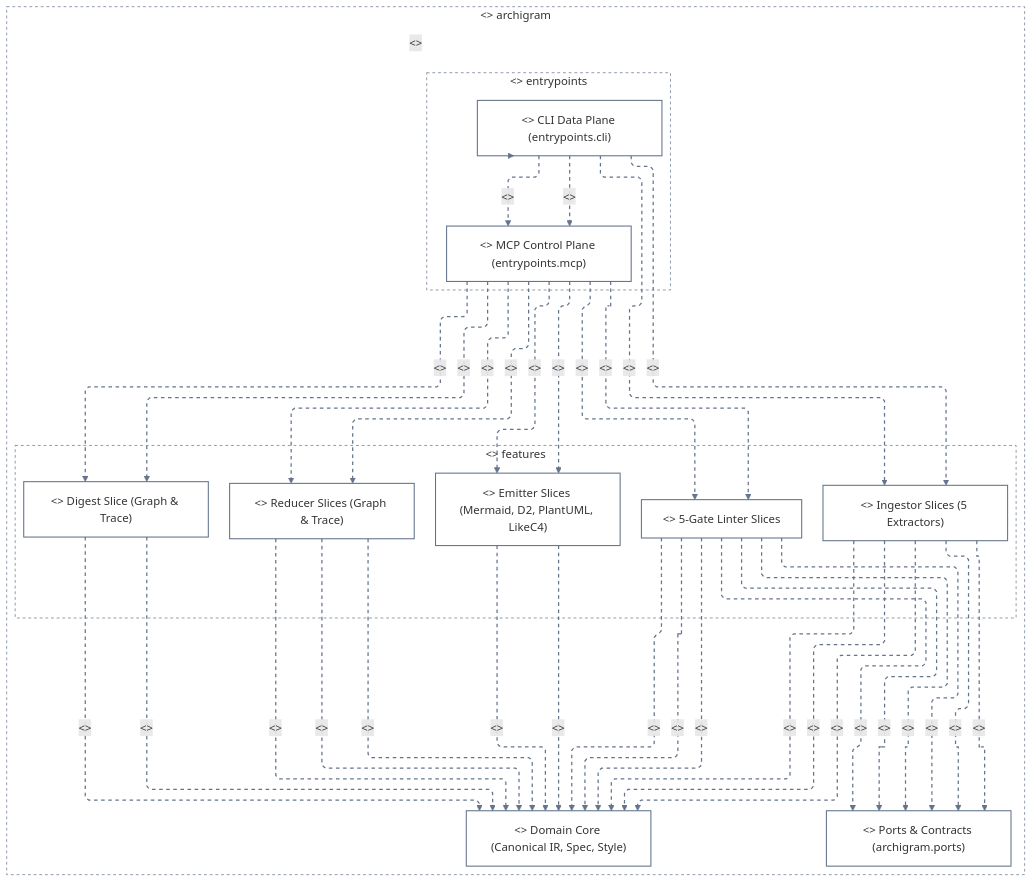
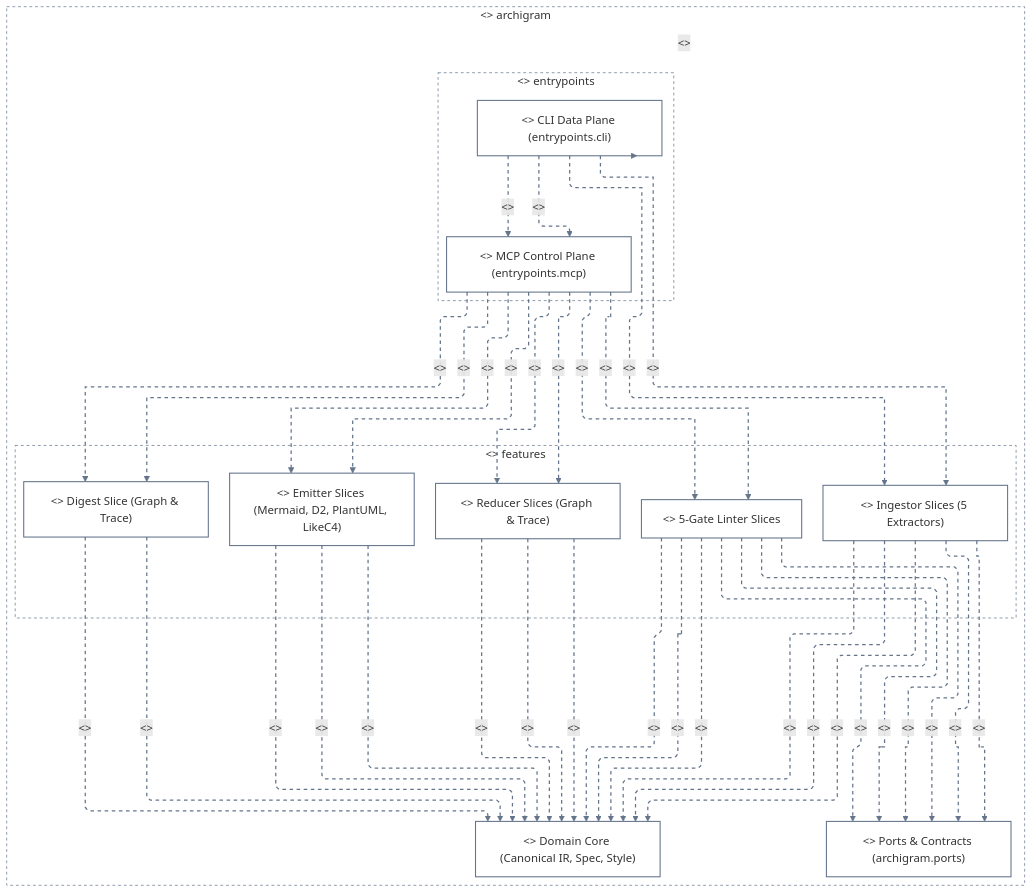
The third of 8 diagrams in docs/architecture/uml-and-curation-showcase.md (klcd/archigram), drawn with Mermaid before and after one commit. The commit also changed other lines of this file and 39 other files, not shown here.

Commit message:
fix(emit_plantuml): reuse domain orderer and causal fork guard

````diff
--- a/docs/architecture/uml-and-curation-showcase.md
+++ b/docs/architecture/uml-and-curation-showcase.md
@@ -319,65 +319,66 @@
 ```mermaid
 ---
 config:
   layout: elk
   elk:
     mergeEdges: false
     nodePlacementStrategy: BRANDES_KOEPF
   flowchart:
     defaultRenderer: elk
     curve: linear
 ---
 flowchart TD
   classDef default fill:transparent,stroke:#64748b,stroke-width:1.5px
   subgraph n0["<<package>> archigram"]
     subgraph n1["<<package>> entrypoints"]
       n3["<<package>> CLI Data Plane (entrypoints.cli)"]
       n10["<<package>> MCP Control Plane (entrypoints.mcp)"]
     end
     subgraph n2["<<package>> features"]
       n5["<<package>> Digest Slice (Graph & Trace)"]
       n6["<<package>> Emitter Slices (Mermaid, D2, PlantUML, LikeC4)"]
       n7["<<package>> Ingestor Slices (5 Extractors)"]
       n8["<<package>> 5-Gate Linter Slices"]
       n9["<<package>> Reducer Slices (Graph & Trace)"]
     end
     n4["<<package>> Domain Core (Canonical IR, Spec, Style)"]
     n11["<<package>> Ports & Contracts (archigram.ports)"]
   end
   style n0 fill:transparent,stroke:#64748b,stroke-width:1px,stroke-dasharray:4 4
   style n1 fill:transparent,stroke:#64748b,stroke-width:1px,stroke-dasharray:4 4
   style n2 fill:transparent,stroke:#64748b,stroke-width:1px,stroke-dasharray:4 4
   n3 -.->|"<<import>>"| n0
   n10 -.->|"<<import>>"| n5
   n10 -.->|"<<import>>"| n5
   n5 -.->|"<<import>>"| n4
+  n6 -.->|"<<import>>"| n4
   n9 -.->|"<<import>>"| n4
   n8 -.->|"<<import>>"| n4
   n7 -.->|"<<import>>"| n4
   n9 -.->|"<<import>>"| n4
   n7 -.->|"<<import>>"| n4
   n8 -.->|"<<import>>"| n4
   n5 -.->|"<<import>>"| n4
   n8 -.->|"<<import>>"| n4
   n9 -.->|"<<import>>"| n4
   n7 -.->|"<<import>>"| n4
   n6 -.->|"<<import>>"| n4
   n6 -.->|"<<import>>"| n4
   n10 -.->|"<<import>>"| n6
   n10 -.->|"<<import>>"| n6
   n3 -.->|"<<import>>"| n7
   n3 -.->|"<<import>>"| n7
   n10 -.->|"<<import>>"| n8
   n10 -.->|"<<import>>"| n8
   n3 -.->|"<<import>>"| n10
   n3 -.->|"<<import>>"| n10
   n8 -.->|"<<import>>"| n11
   n7 -.->|"<<import>>"| n11
   n8 -.->|"<<import>>"| n11
   n8 -.->|"<<import>>"| n11
   n7 -.->|"<<import>>"| n11
   n8 -.->|"<<import>>"| n11
   n10 -.->|"<<import>>"| n9
   n10 -.->|"<<import>>"| n9
-  linkStyle 0,1,2,3,4,5,6,7,8,9,10,11,12,13,14,15,16,17,18,19,20,21,22,23,24,25,26,27,28,29,30,31 stroke:#64748b,stroke-width:1.75px,stroke-dasharray:5 5
+  linkStyle 0,1,2,3,4,5,6,7,8,9,10,11,12,13,14,15,16,17,18,19,20,21,22,23,24,25,26,27,28,29,30,31,32 stroke:#64748b,stroke-width:1.75px,stroke-dasharray:5 5
 ```
````
